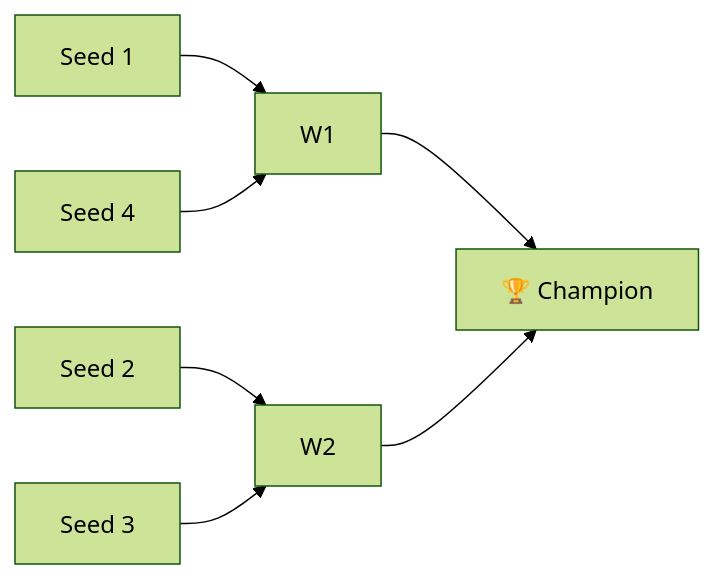
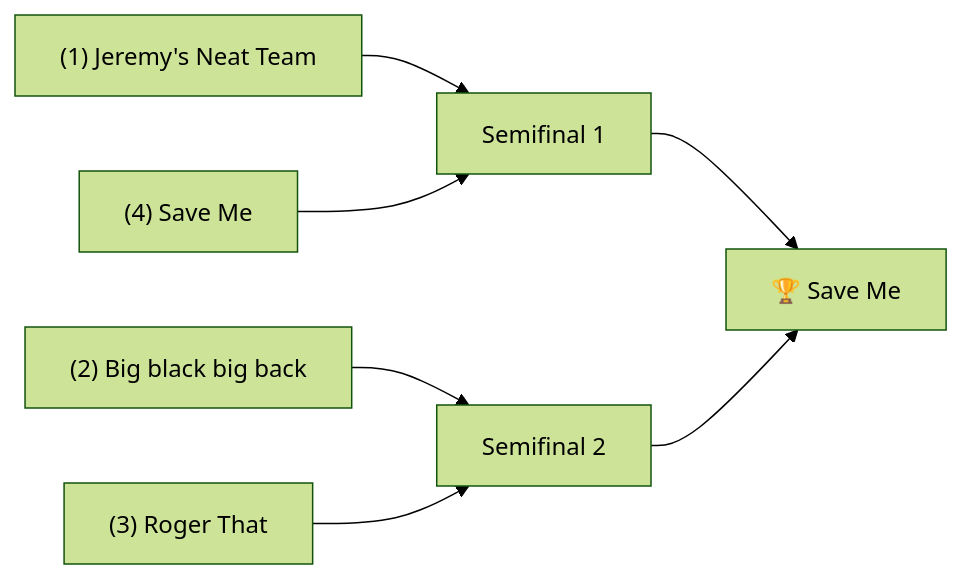
The diagram in zensical/docs/seasons/2025-season.md (narenp12/pine-hills-wiki), drawn with Mermaid (forest theme) before and after one commit. The commit also changed other lines of this file and 69 other files, not shown here.

````diff
--- a/zensical/docs/seasons/2025-season.md
+++ b/zensical/docs/seasons/2025-season.md
@@ -38,9 +38,9 @@
 ```mermaid
 flowchart LR
-    S1[Seed 1] --> W1
-    S4[Seed 4] --> W1
-    S2[Seed 2] --> W2
-    S3[Seed 3] --> W2
-    W1 --> Champ[🏆 Champion]
+    S1["(1) Jeremy's Neat Team"] --> W1[Semifinal 1]
+    S4["(4) Save Me"] --> W1
+    S2["(2) Big black big back"] --> W2[Semifinal 2]
+    S3["(3) Roger That"] --> W2
+    W1 --> Champ["🏆 Save Me"]
     W2 --> Champ
 ```
````
